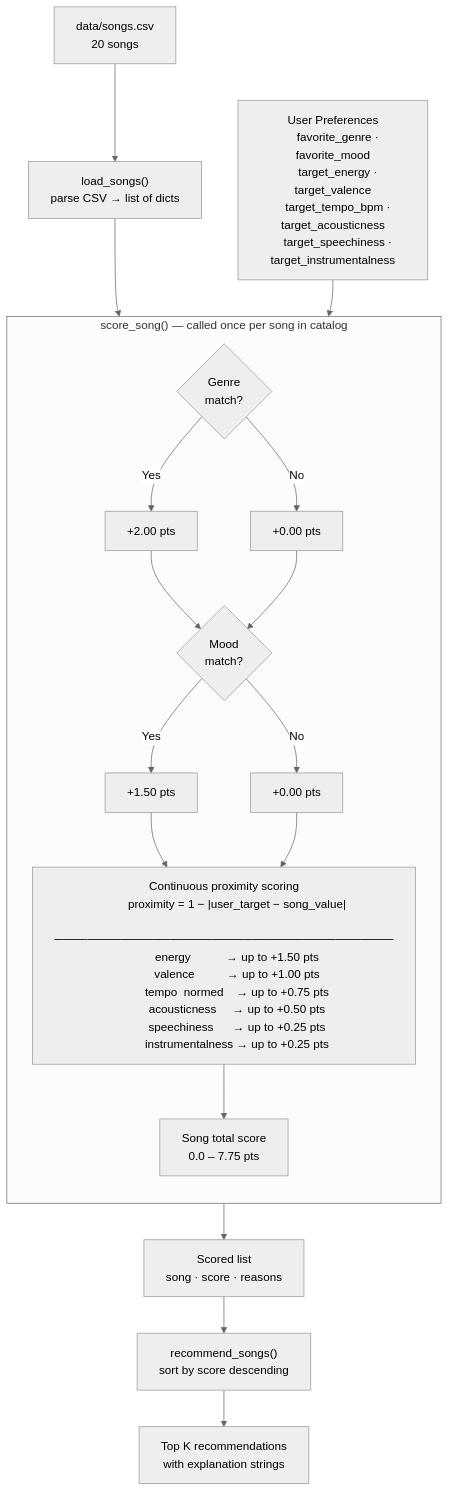
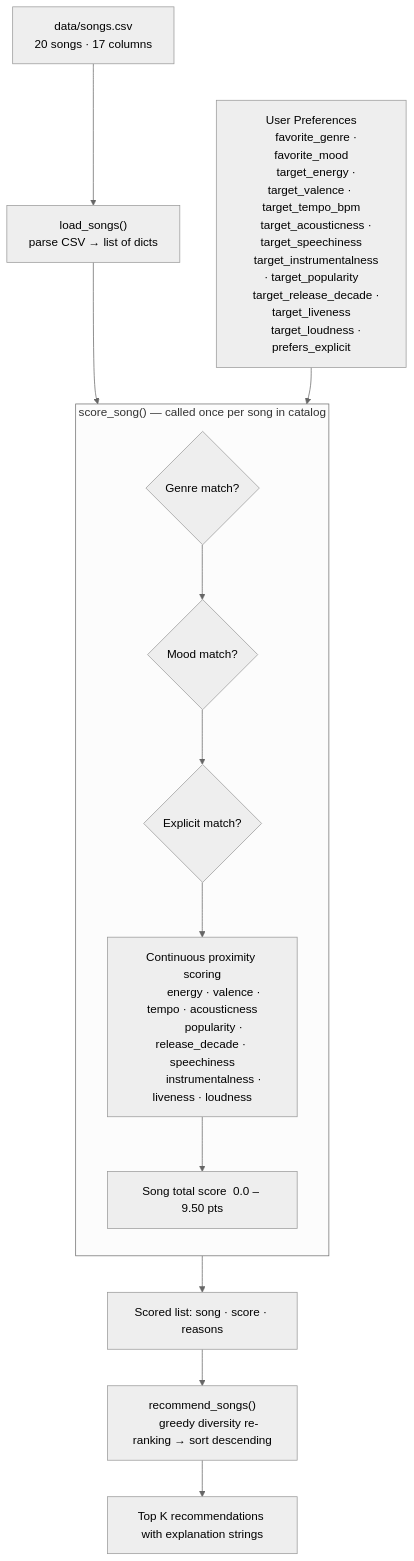
One commit to deodharaditi/ai110-module3show-musicrecommendersimulation-starter changed the diagram in README.md. Above: the diagram before and after it, drawn with Mermaid (neutral theme). The commit also changed other lines of this file, not shown here.

Commit message:
Clean up README: remove template text, update feature tables to 9.50 max score

````diff
--- a/README.md
+++ b/README.md
@@ -120,64 +92,40 @@
 ```mermaid
 flowchart TD
     UP["User Preferences
     favorite_genre · favorite_mood
-    target_energy · target_valence
-    target_tempo_bpm · target_acousticness
-    target_speechiness · target_instrumentalness"]
+    target_energy · target_valence · target_tempo_bpm
+    target_acousticness · target_speechiness
+    target_instrumentalness · target_popularity
+    target_release_decade · target_liveness
+    target_loudness · prefers_explicit"]
 
     CSV["data/songs.csv
-    20 songs"]
+    20 songs · 17 columns"]
 
     LOAD["load_songs()
     parse CSV → list of dicts"]
 
     CSV --> LOAD
     LOAD --> LOOP
     UP   --> LOOP
 
     subgraph LOOP["score_song()  —  called once per song in catalog"]
         direction TB
 
-        GCHECK{"Genre
-        match?"}
-        GYES["+2.00 pts"]
-        GNO["+0.00 pts"]
+        GCHECK{"Genre match?"}
+        MCHECK{"Mood match?"}
+        ECHECK{"Explicit match?"}
+        CONT["Continuous proximity scoring
+        energy · valence · tempo · acousticness
+        popularity · release_decade · speechiness
+        instrumentalness · liveness · loudness"]
+        TOTAL["Song total score  0.0 – 9.50 pts"]
 
-        MCHECK{"Mood
-        match?"}
-        MYES["+1.50 pts"]
-        MNO["+0.00 pts"]
-
-        CONT["Continuous proximity scoring
-        proximity = 1 − |user_target − song_value|
-        ─────────────────────────────────────────
-        energy           → up to +1.50 pts
-        valence          → up to +1.00 pts
-        tempo  normed    → up to +0.75 pts
-        acousticness     → up to +0.50 pts
-        speechiness      → up to +0.25 pts
-        instrumentalness → up to +0.25 pts"]
-
-        TOTAL["Song total score
-        0.0 – 7.75 pts"]
-
-        GCHECK -->|Yes| GYES
-        GCHECK -->|No | GNO
-        GYES   --> MCHECK
-        GNO    --> MCHECK
-        MCHECK -->|Yes| MYES
-        MCHECK -->|No | MNO
-        MYES   --> CONT
-        MNO    --> CONT
-        CONT   --> TOTAL
+        GCHECK --> MCHECK --> ECHECK --> CONT --> TOTAL
     end
 
-    TOTAL --> SCORED["Scored list
-    song · score · reasons"]
-
+    TOTAL --> SCORED["Scored list: song · score · reasons"]
     SCORED --> RANK["recommend_songs()
-    sort by score descending"]
-
-    RANK --> OUT["Top K recommendations
-    with explanation strings"]
+    greedy diversity re-ranking → sort descending"]
+    RANK --> OUT["Top K recommendations with explanation strings"]
 ```
````
